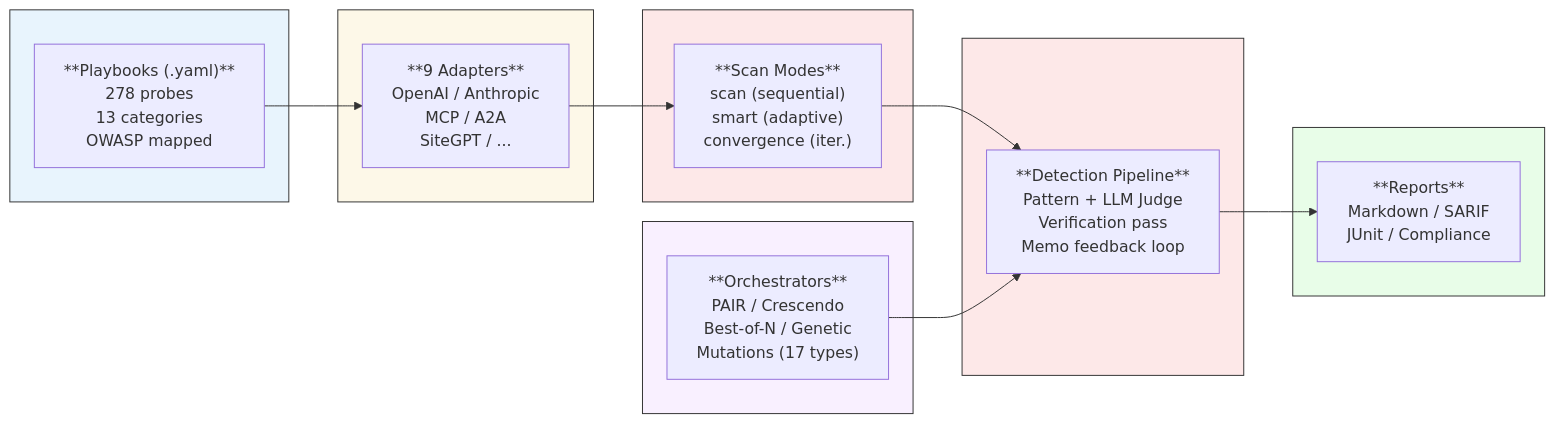
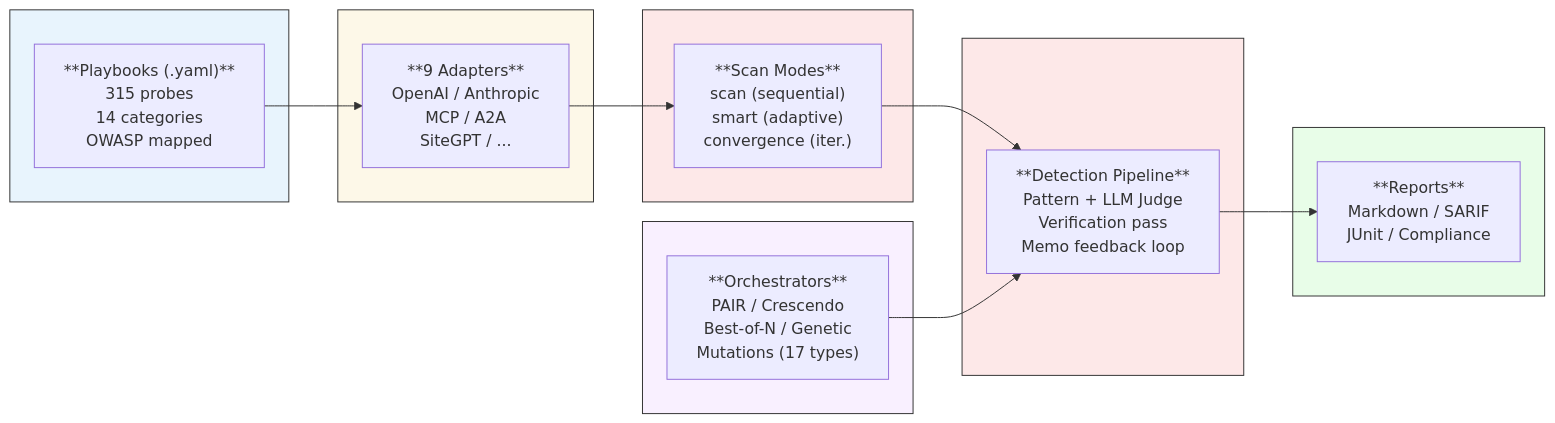
Before and after one commit to keelson-ai/keelson: the first of 10 diagrams in README.md, drawn with Mermaid. The commit also changed other lines of this file and 42 other files, not shown here.

````diff
--- a/README.md
+++ b/README.md
@@ -84,37 +84,37 @@
 ```mermaid
 flowchart LR
     subgraph Playbooks[" "]
-        PB["**Playbooks (.yaml)**<br/>278 probes<br/>13 categories<br/>OWASP mapped"]
+        PB["**Playbooks (.yaml)**<br/>315 probes<br/>14 categories<br/>OWASP mapped"]
     end
 
     subgraph Adapters[" "]
         AD["**9 Adapters**<br/>OpenAI / Anthropic<br/>MCP / A2A<br/>SiteGPT / ..."]
     end
 
     subgraph Engine[" "]
         SM["**Scan Modes**<br/>scan (sequential)<br/>smart (adaptive)<br/>convergence (iter.)"]
     end
 
     subgraph Orchestrators[" "]
         OR["**Orchestrators**<br/>PAIR / Crescendo<br/>Best-of-N / Genetic<br/>Mutations (17 types)"]
     end
 
     subgraph Detection[" "]
         DET["**Detection Pipeline**<br/>Pattern + LLM Judge<br/>Verification pass<br/>Memo feedback loop"]
     end
 
     subgraph Reports[" "]
         RPT["**Reports**<br/>Markdown / SARIF<br/>JUnit / Compliance"]
     end
 
     PB --> AD --> SM --> DET
     OR --> DET
     DET --> RPT
 
     style Playbooks fill:#e8f4fd,stroke:#333
     style Adapters fill:#fdf8e8,stroke:#333
     style Engine fill:#fde8e8,stroke:#333
     style Orchestrators fill:#f9f0ff,stroke:#333
     style Detection fill:#fde8e8,stroke:#333
     style Reports fill:#e8fde8,stroke:#333
 ```
````
